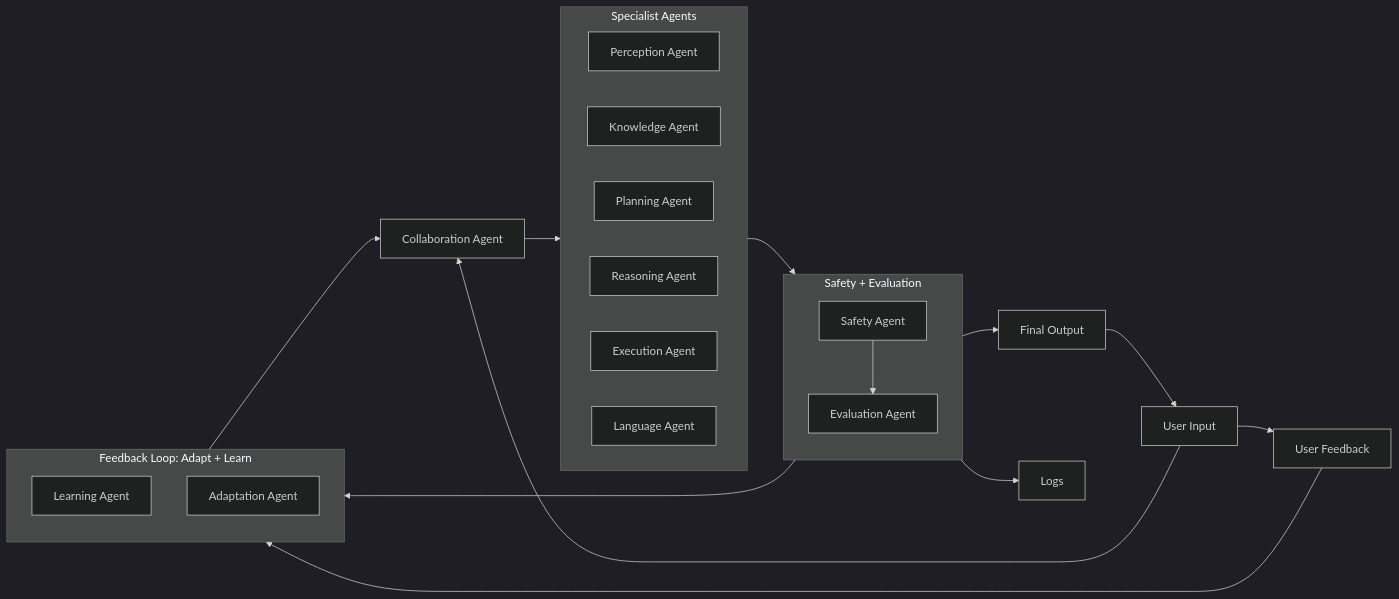
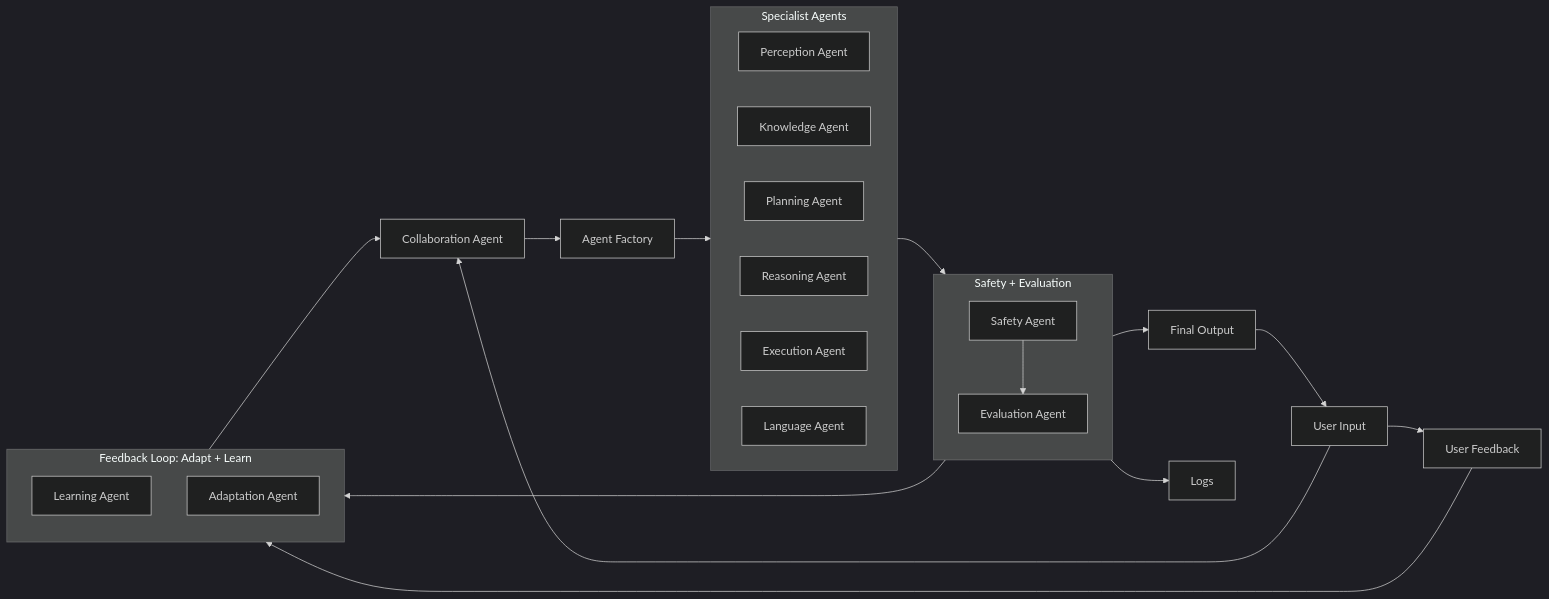
Before and after one commit to The-Outsider-97/SLAI: the diagram in README.md, drawn with Mermaid (dark theme).

````diff
--- a/README.md
+++ b/README.md
@@ -24,32 +24,33 @@
 ```mermaid 
 graph LR
-    B[Collaboration Agent] --> C[Specialist Agents]
+    B[Collaboration Agent] --> I[Agent Factory]
+    I --> C[Specialist Agents]
     C --> D[Safety + Evaluation]
     D --> E[Final Output]
     D --> F[Logs]
     G[User Feedback] --> H[Feedback Loop: Adapt + Learn]
     D --> H
     H --> B
     E --> A[User Input]
     A --> B
     A --> G
 
     subgraph C [Specialist Agents]
         direction LR
         C1[Perception Agent]
         C2[Knowledge Agent]
         C3[Planning Agent]
         C4[Reasoning Agent]
         C5[Execution Agent]
         C6[Language Agent]
     end
 
     subgraph D [Safety + Evaluation]
         D1[Safety Agent] --> D2[Evaluation Agent]
     end
 
     subgraph H [Feedback Loop: Adapt + Learn]
         H1[Learning Agent]
         H2[Adaptation Agent]
     end
 ```
````
